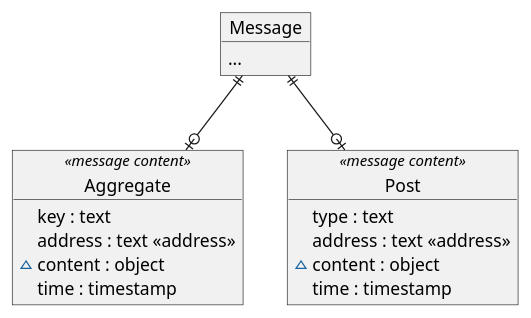
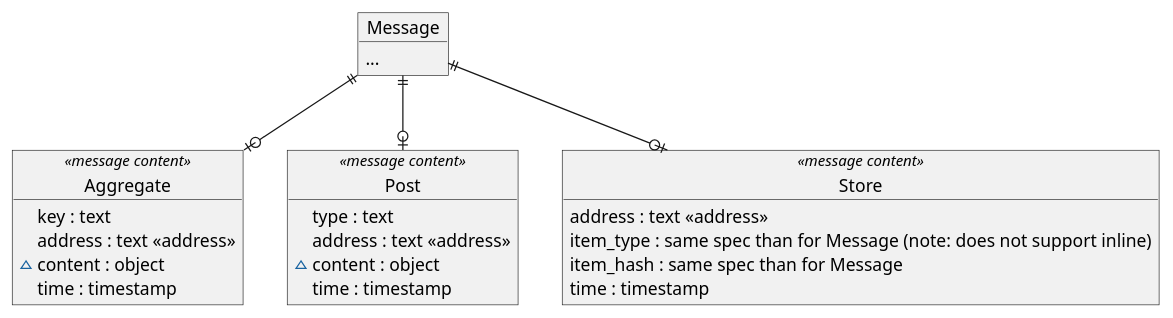
One commit to aleph-im/aleph-client changed the second of 2 diagrams in docs/content/introduction.rst. Above: the diagram before and after it, drawn with PlantUML. The commit also changed other lines of this file, not shown here.

Commit message:
updating docs on message types

```diff
--- a/docs/content/introduction.rst
+++ b/docs/content/introduction.rst
@@ -57,25 +59,33 @@
 .. uml:: 
    
    @startuml
     object Message {
         ...
     }
 
     object Aggregate <<message content>> {
         key : text
         address : text <<address>>
         ~ content : object
         time : timestamp
     }
 
     object Post <<message content>> {
         type : text
         address : text <<address>>
         ~ content : object
         time : timestamp
     }
 
+    object Store <<message content>> {
+        address : text <<address>>
+        item_type : same spec than for Message (note: does not support inline)
+        item_hash : same spec than for Message
+        time : timestamp
+    }
+
 
     Message ||--o| Aggregate
     Message ||--o| Post
+    Message ||--o| Store
    @enduml
```
